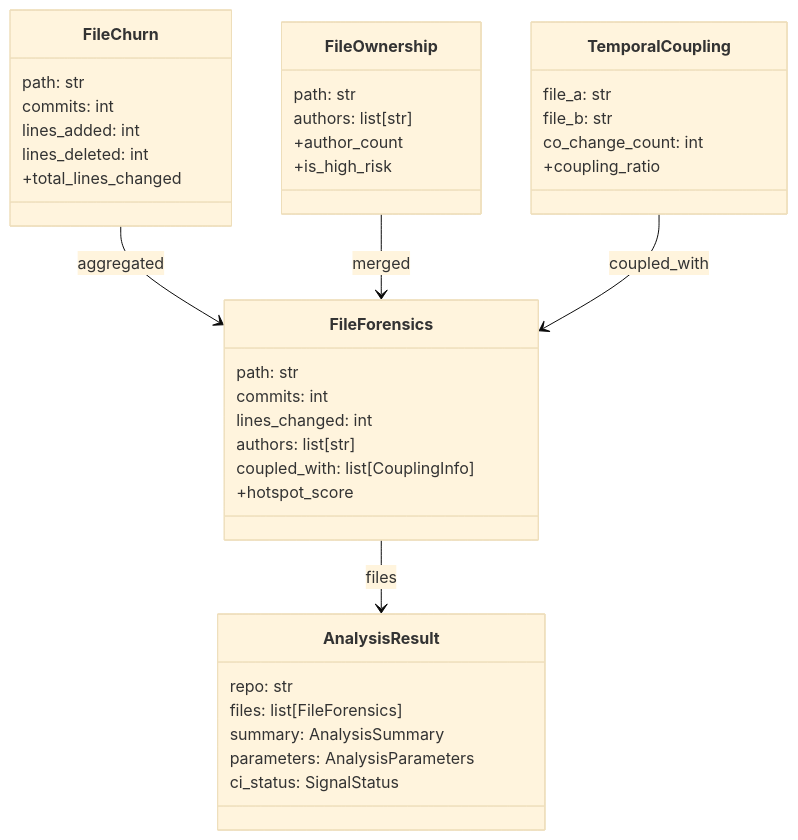
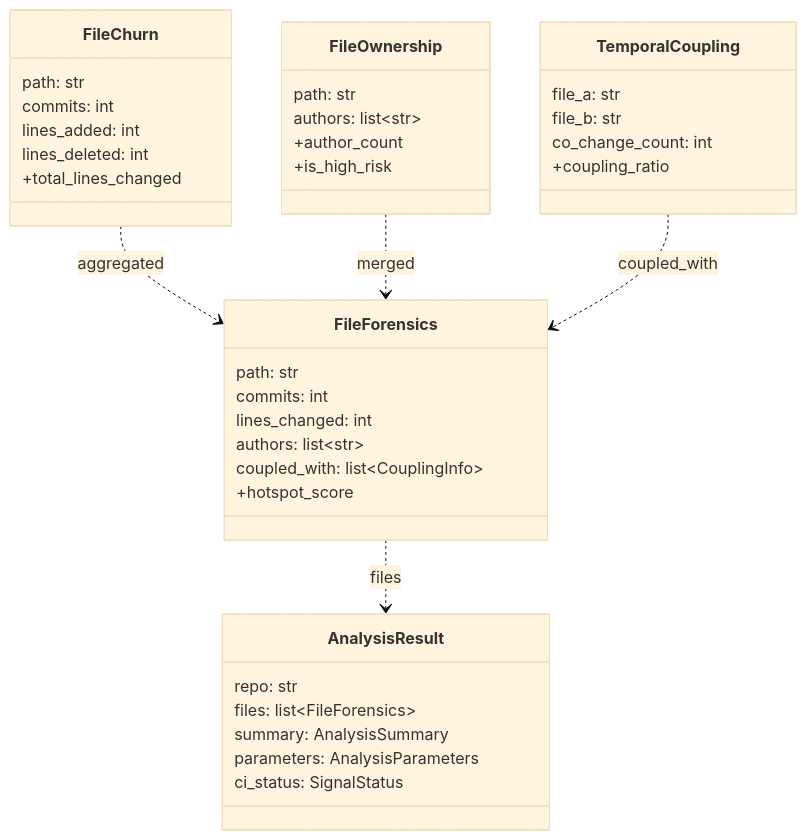
The fifth of 6 diagrams in docs/CODEMAP.md (michael-denyer/black-box-unlock), drawn with Mermaid (base theme) before and after one commit. The commit also changed other lines of this file and 3 other files, not shown here.

````diff
--- a/docs/CODEMAP.md
+++ b/docs/CODEMAP.md
@@ -218,46 +218,46 @@
 ```mermaid
 classDiagram
     class FileChurn {
         path: str
         commits: int
         lines_added: int
         lines_deleted: int
         +total_lines_changed
     }
 
     class TemporalCoupling {
         file_a: str
         file_b: str
         co_change_count: int
         +coupling_ratio
     }
 
     class FileOwnership {
         path: str
-        authors: list[str]
+        authors: list~str~
         +author_count
         +is_high_risk
     }
 
     class FileForensics {
         path: str
         commits: int
         lines_changed: int
-        authors: list[str]
-        coupled_with: list[CouplingInfo]
+        authors: list~str~
+        coupled_with: list~CouplingInfo~
         +hotspot_score
     }
 
     class AnalysisResult {
         repo: str
-        files: list[FileForensics]
+        files: list~FileForensics~
         summary: AnalysisSummary
         parameters: AnalysisParameters
         ci_status: SignalStatus
     }
 
-    FileChurn --> FileForensics : aggregated
-    FileOwnership --> FileForensics : merged
-    TemporalCoupling --> FileForensics : coupled_with
-    FileForensics --> AnalysisResult : files
+    FileChurn ..> FileForensics : aggregated
+    FileOwnership ..> FileForensics : merged
+    TemporalCoupling ..> FileForensics : coupled_with
+    FileForensics ..> AnalysisResult : files
 ```
````
